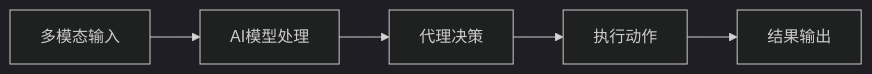
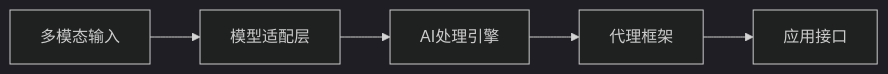
One commit to wayyoungboy/github-trending-reporter changed the third of 12 diagrams in reports/2026/01/2026-01-13.md. Above: the diagram before and after it, drawn with Mermaid (dark theme). The commit also changed other lines of this file and 1 other file, not shown here.

````diff
--- a/reports/2026/01/2026-01-13.md
+++ b/reports/2026/01/2026-01-13.md
@@ -161,7 +162,7 @@
 ```mermaid
 graph LR
-    A[多模态输入] --> B[AI模型处理]
-    B --> C[代理决策]
-    C --> D[执行动作]
-    D --> E[结果输出]
+    A[多模态输入] --> B[模型适配层]
+    B --> C[AI处理引擎]
+    C --> D[代理框架]
+    D --> E[应用接口]
 ```
````
